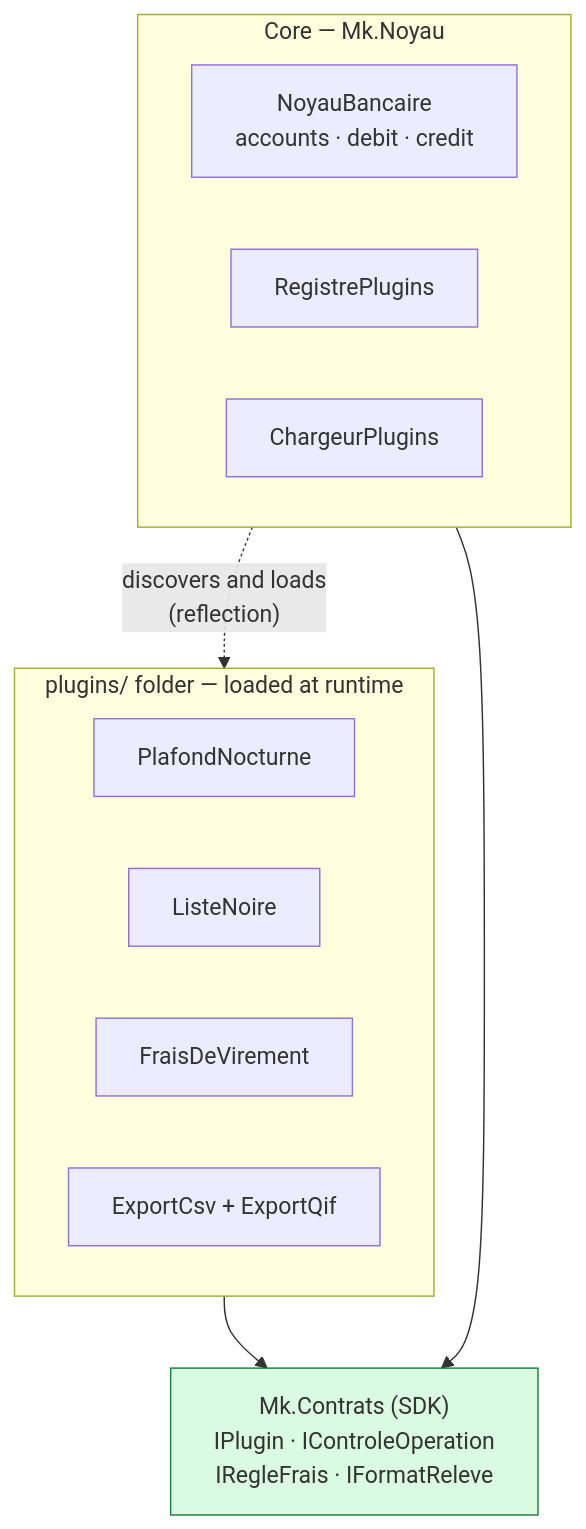
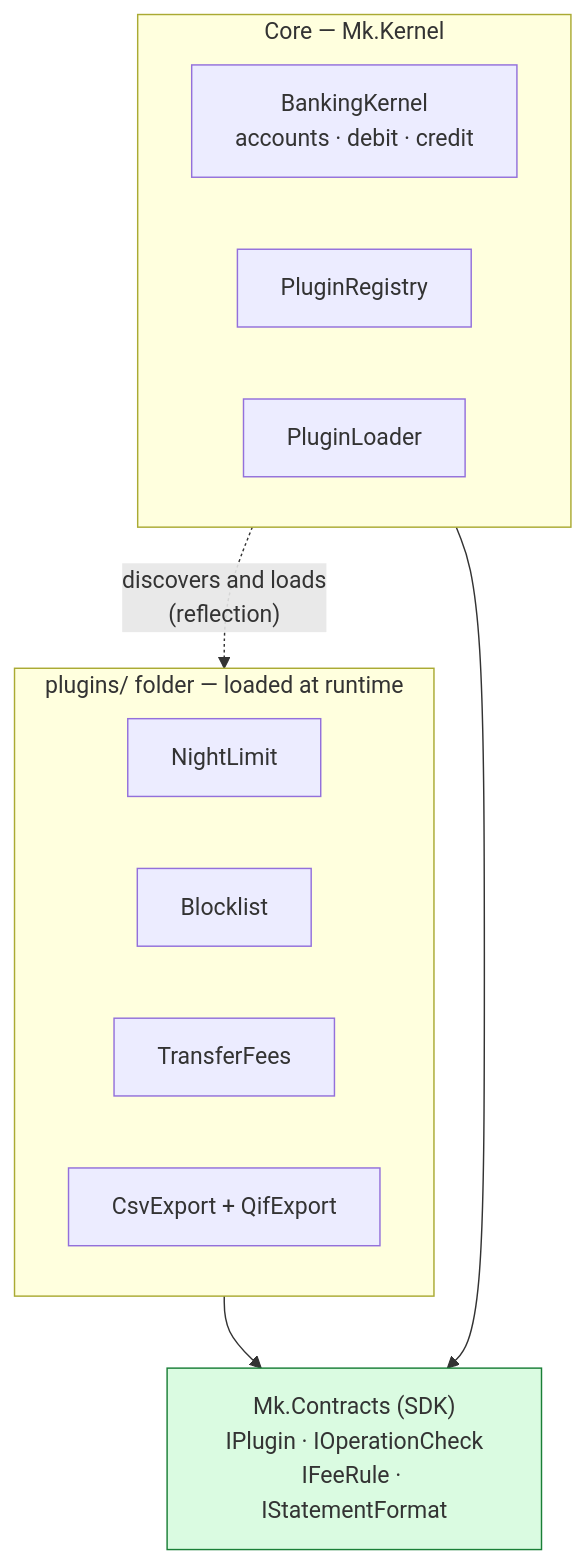
Before and after one commit to drangoht/ArchitecturesDemo: the first of 5 diagrams in Docs/en/13-microkernel.md, drawn with Mermaid. The commit also changed other lines of this file and 78 other files, not shown here.

First line of the commit message:
Docs EN : identifiants, liens, diagrammes et sorties alignés sur le code anglais

````diff
--- a/Docs/en/13-microkernel.md
+++ b/Docs/en/13-microkernel.md
@@ -17,23 +17,23 @@
 ```mermaid
 flowchart TB
-    subgraph Noyau["Core — Mk.Noyau"]
+    subgraph Noyau["Core — Mk.Kernel"]
         direction LR
-        N["NoyauBancaire<br/>accounts · debit · credit"]
-        R["RegistrePlugins"]
-        C["ChargeurPlugins"]
+        N["BankingKernel<br/>accounts · debit · credit"]
+        R["PluginRegistry"]
+        C["PluginLoader"]
     end
-    SDK["Mk.Contrats (SDK)<br/>IPlugin · IControleOperation<br/>IRegleFrais · IFormatReleve"]
+    SDK["Mk.Contracts (SDK)<br/>IPlugin · IOperationCheck<br/>IFeeRule · IStatementFormat"]
     subgraph Plugins["plugins/ folder — loaded at runtime"]
         direction LR
-        P1["PlafondNocturne"]
-        P2["ListeNoire"]
-        P3["FraisDeVirement"]
-        P4["ExportCsv + ExportQif"]
+        P1["NightLimit"]
+        P2["Blocklist"]
+        P3["TransferFees"]
+        P4["CsvExport + QifExport"]
     end
     Noyau --> SDK
     Plugins --> SDK
     C -. "discovers and loads<br/>(reflection)" .-> Plugins
 
     classDef sdk fill:#dafbe1,stroke:#1a7f37
     class SDK sdk
 ```
````
